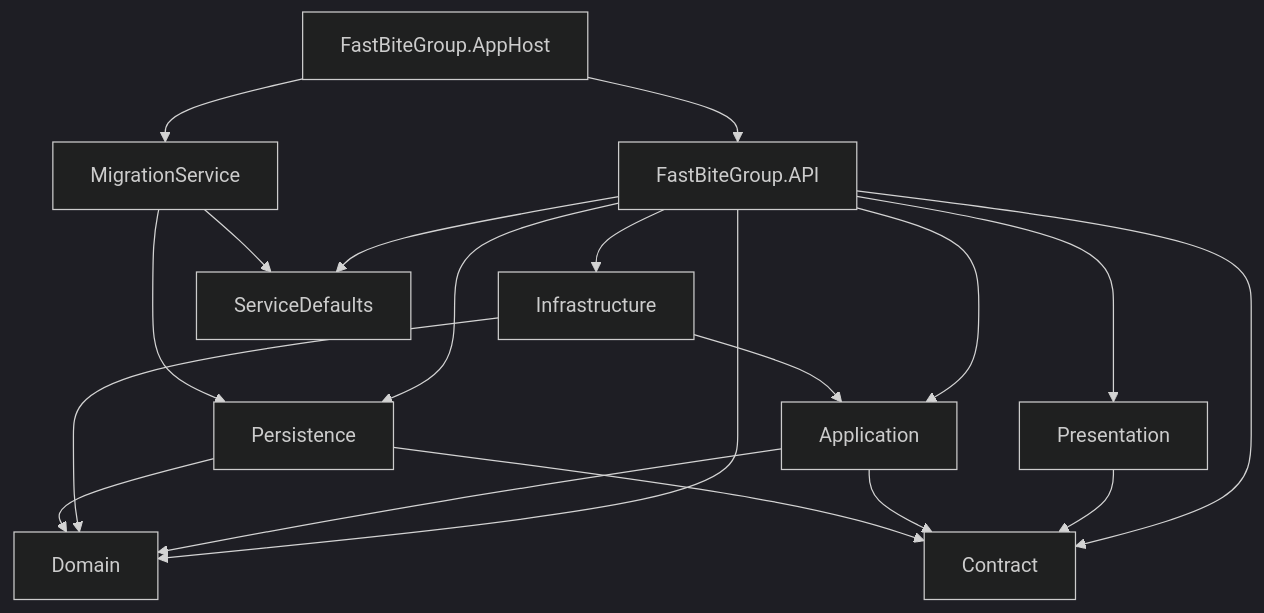
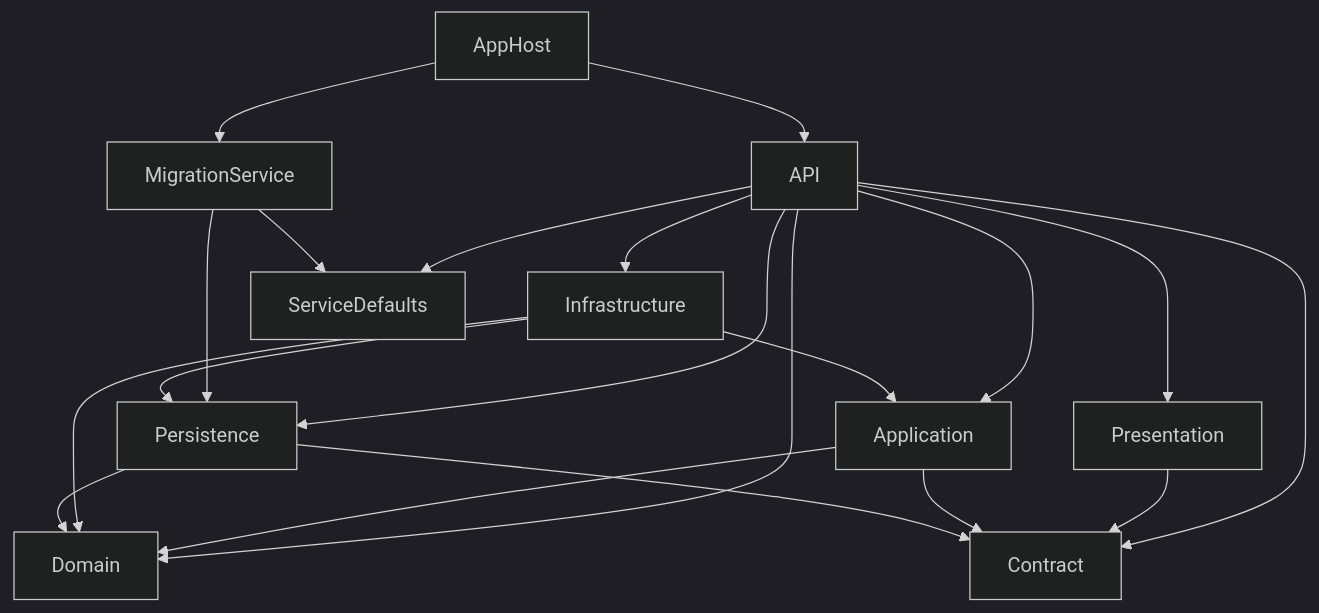
Before and after one commit to LanHoangPh/FastBiteSolution: the diagram in docs/ai-context/ARCHITECTURE.md, drawn with Mermaid (dark theme). The commit also changed other lines of this file and 18 other files, not shown here.

````diff
--- a/docs/ai-context/ARCHITECTURE.md
+++ b/docs/ai-context/ARCHITECTURE.md
@@ -177,27 +139,25 @@
 ```mermaid
 graph TD
-    API[FastBiteGroup.API] --> Application
+    API --> Application
     API --> Contract
     API --> Domain
     API --> Infrastructure
     API --> Persistence
     API --> Presentation
     API --> ServiceDefaults
 
-    AppHost[FastBiteGroup.AppHost] --> API
-    AppHost[FastBiteGroup.AppHost] --> MigrationService
+    AppHost --> API
+    AppHost --> MigrationService
+
+    MigrationService --> Persistence
+    MigrationService --> ServiceDefaults
 
     Presentation --> Contract
-
     Application --> Domain
     Application --> Contract
-
     Infrastructure --> Application
     Infrastructure --> Domain
-
+    Infrastructure --> Persistence
     Persistence --> Domain
     Persistence --> Contract
-
-   MigrationService --> Persistence
-   MigrationService --> ServiceDefaults
 ```
````
